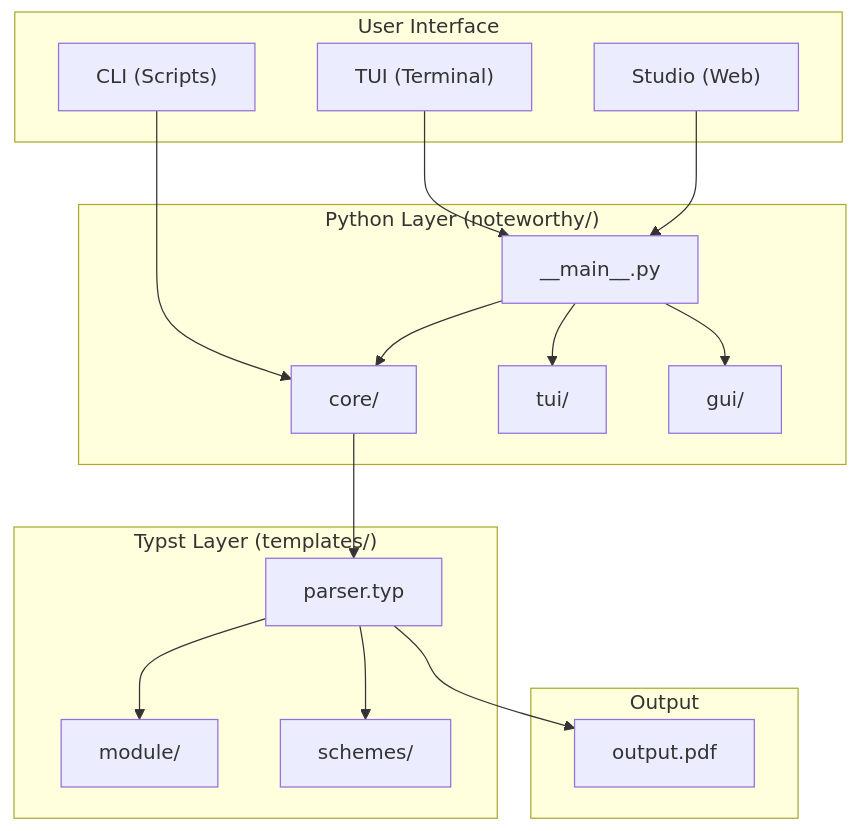
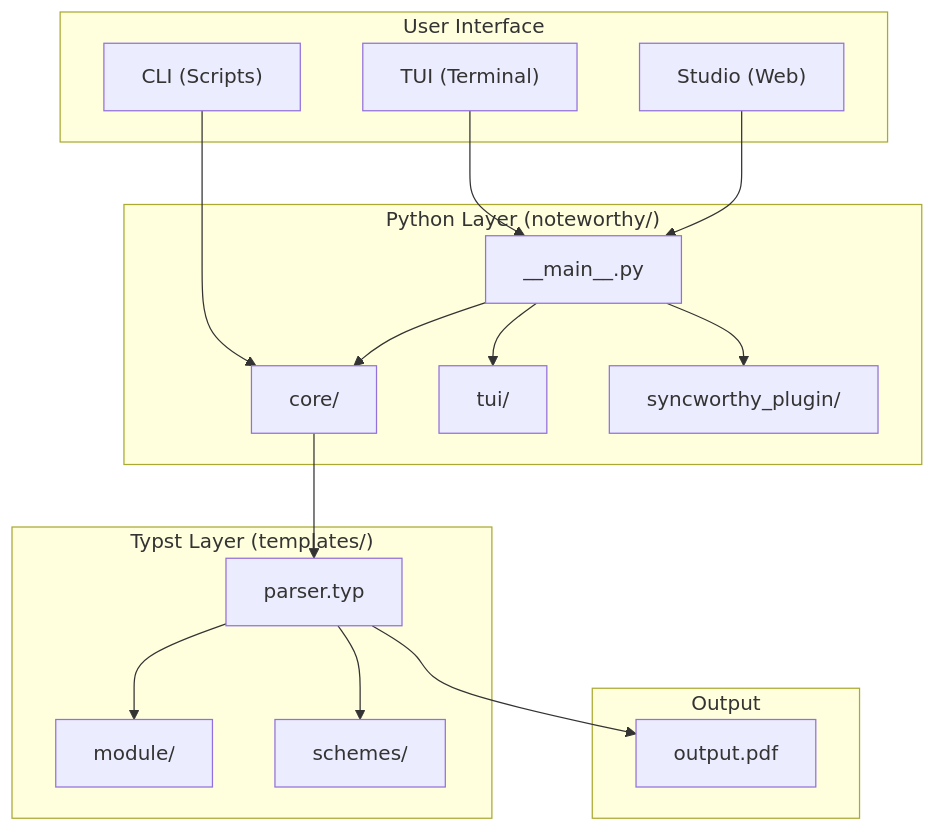
One commit to sihooleebd/noteworthy changed the first of 2 diagrams in docs/architecture/overview.md. Above: the diagram before and after it, drawn with Mermaid. The commit also changed other lines of this file and 12 other files, not shown here.

First line of the commit message:
Docs: the GUI is Syncworthy plus the noteworthy plugin

````diff
--- a/docs/architecture/overview.md
+++ b/docs/architecture/overview.md
@@ -7,38 +7,38 @@
 ```mermaid
 graph TB
     subgraph User["User Interface"]
         TUI["TUI (Terminal)"]
         GUI["Studio (Web)"]
         CLI["CLI (Scripts)"]
     end
 
     subgraph Python["Python Layer (noteworthy/)"]
         Main["__main__.py"]
         Core["core/"]
         TUICode["tui/"]
-        GUICode["gui/"]
+        GUICode["syncworthy_plugin/"]
     end
 
     subgraph Typst["Typst Layer (templates/)"]
         Parser["parser.typ"]
         Modules["module/"]
         Themes["schemes/"]
     end
 
     subgraph Output["Output"]
         PDF["output.pdf"]
     end
 
     TUI --> Main
     GUI --> Main
     CLI --> Core
 
     Main --> Core
     Main --> TUICode
     Main --> GUICode
 
     Core --> Parser
     Parser --> Modules
     Parser --> Themes
     Parser --> PDF
 ```
````
